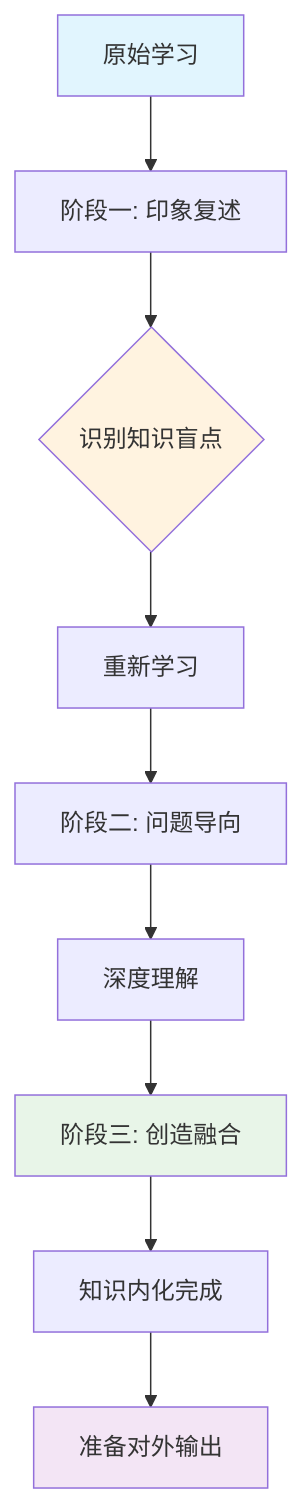
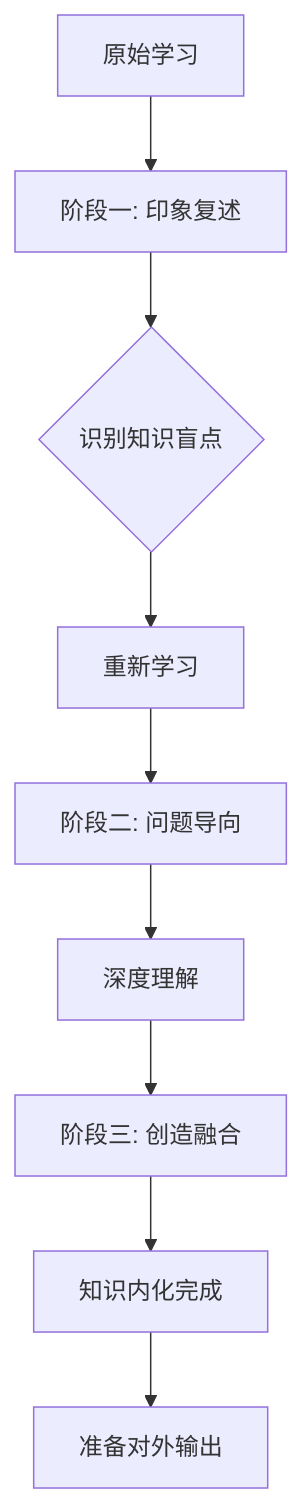
The sixth of 52 diagrams in _posts/2025-11-08-book-01-feynman-approach.md (fangkun119/tech-page), drawn with Mermaid before and after one commit. The commit also changed other lines of this file and 1 other file, not shown here.

Commit message:
feat: adjust diagram color

````diff
--- a/_posts/2025-11-08-book-01-feynman-approach.md
+++ b/_posts/2025-11-08-book-01-feynman-approach.md
@@ -823,16 +803,11 @@
 ```mermaid
 graph TD
     A[原始学习] --> B[阶段一: 印象复述]
     B --> C{识别知识盲点}
     C --> D[重新学习]
     D --> E[阶段二: 问题导向]
     E --> F[深度理解]
     F --> G[阶段三: 创造融合]
     G --> H[知识内化完成]
     H --> I[准备对外输出]
-
-    style A fill:#e1f5fe
-    style C fill:#fff3e0
-    style G fill:#e8f5e8
-    style I fill:#f3e5f5
 ```
````
